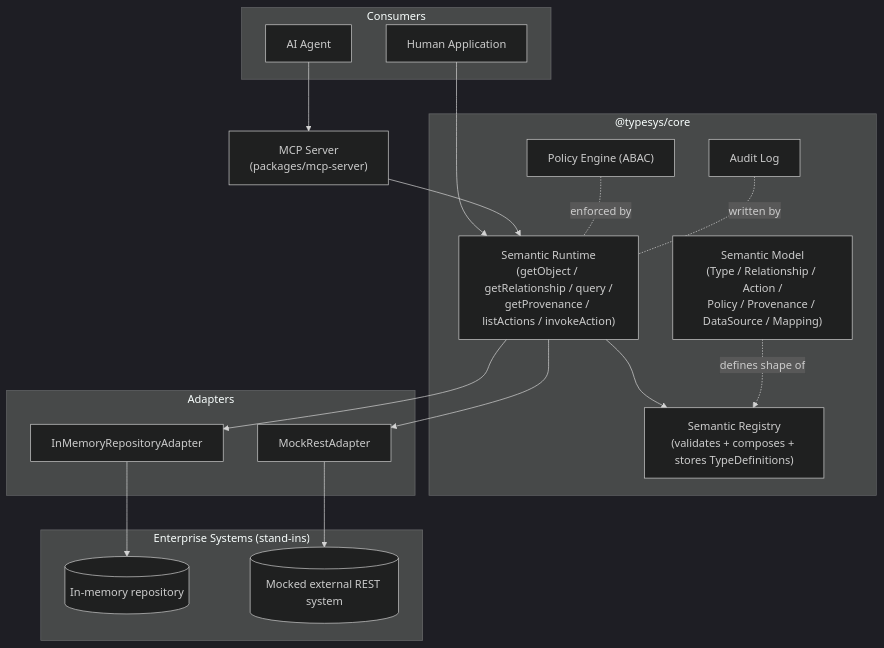
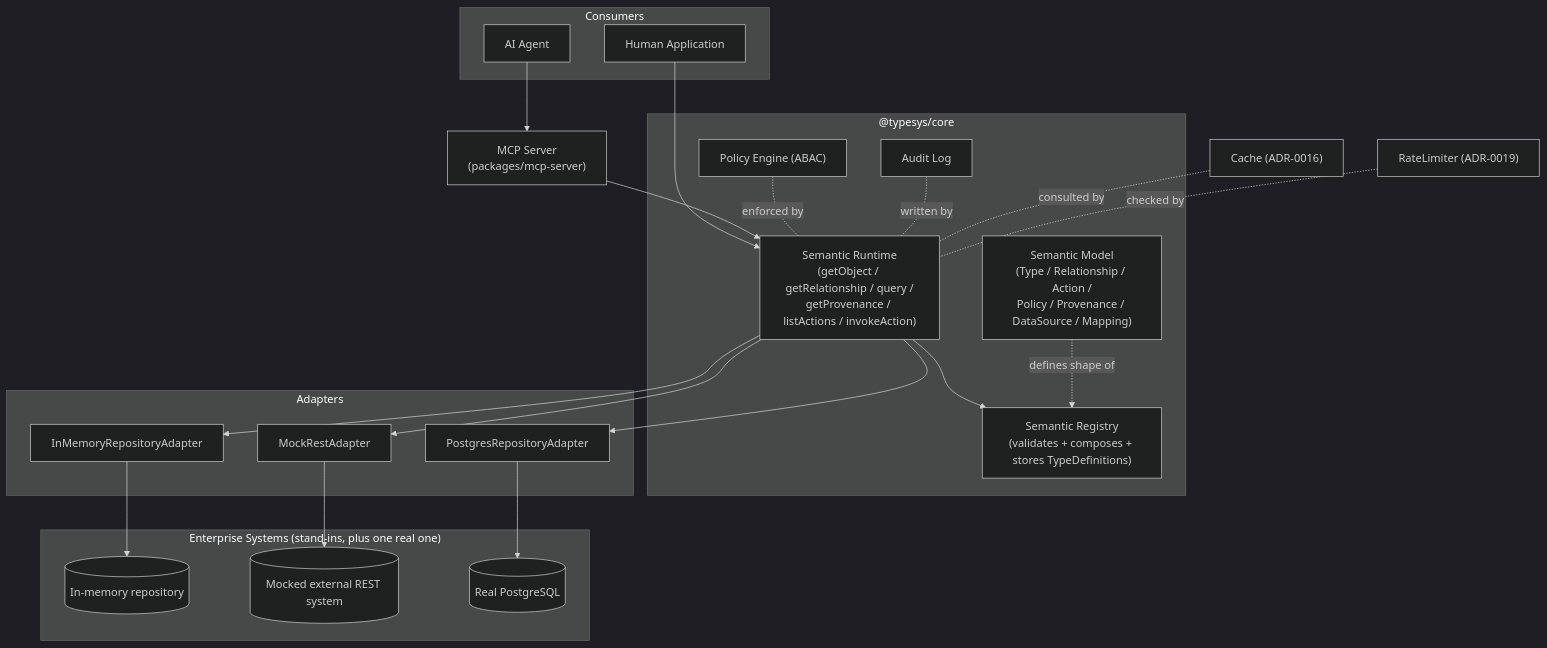
Before and after one commit to marlinspike/TypeSystem: the first of 3 diagrams in docs/architecture.md, drawn with Mermaid (dark theme). The commit also changed other lines of this file and 6 other files, not shown here.

````diff
--- a/docs/architecture.md
+++ b/docs/architecture.md
@@ -27,38 +27,44 @@
 ```mermaid
 flowchart TB
     subgraph Consumers
         APP[Human Application]
         AGENT[AI Agent]
     end
 
     MCP["MCP Server\n(packages/mcp-server)"]
 
     subgraph Core["@typesys/core"]
         MODEL["Semantic Model\n(Type / Relationship / Action /\nPolicy / Provenance / DataSource / Mapping)"]
         REGISTRY["Semantic Registry\n(validates + composes + stores TypeDefinitions)"]
         RUNTIME["Semantic Runtime\n(getObject / getRelationship / query /\ngetProvenance / listActions / invokeAction)"]
         POLICY["Policy Engine (ABAC)"]
         AUDIT["Audit Log"]
     end
 
     subgraph Adapters["Adapters"]
         INMEM["InMemoryRepositoryAdapter"]
         REST["MockRestAdapter"]
+        PG["PostgresRepositoryAdapter"]
     end
 
-    subgraph Systems["Enterprise Systems (stand-ins)"]
+    subgraph Systems["Enterprise Systems (stand-ins, plus one real one)"]
         DB[(In-memory repository)]
         EXT[(Mocked external REST system)]
+        PGDB[(Real PostgreSQL)]
     end
 
     APP --> RUNTIME
     AGENT --> MCP --> RUNTIME
     RUNTIME --> REGISTRY
     MODEL -.defines shape of.-> REGISTRY
     RUNTIME --> INMEM
     RUNTIME --> REST
+    RUNTIME --> PG
     INMEM --> DB
     REST --> EXT
+    PG --> PGDB
     POLICY -. enforced by .- RUNTIME
     AUDIT -. written by .- RUNTIME
+    CACHE["Cache (ADR-0016)"] -. consulted by .- RUNTIME
+    RATELIMIT["RateLimiter (ADR-0019)"] -. checked by .- RUNTIME
 ```
````
